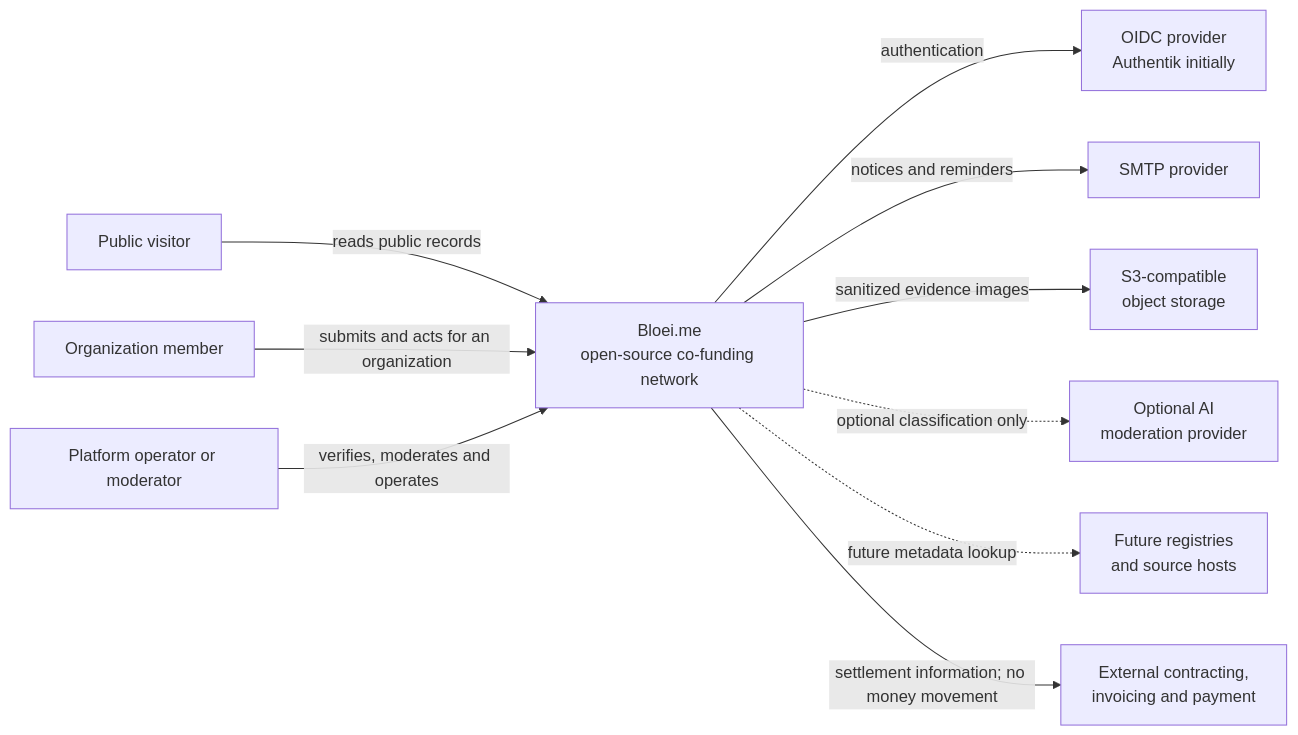
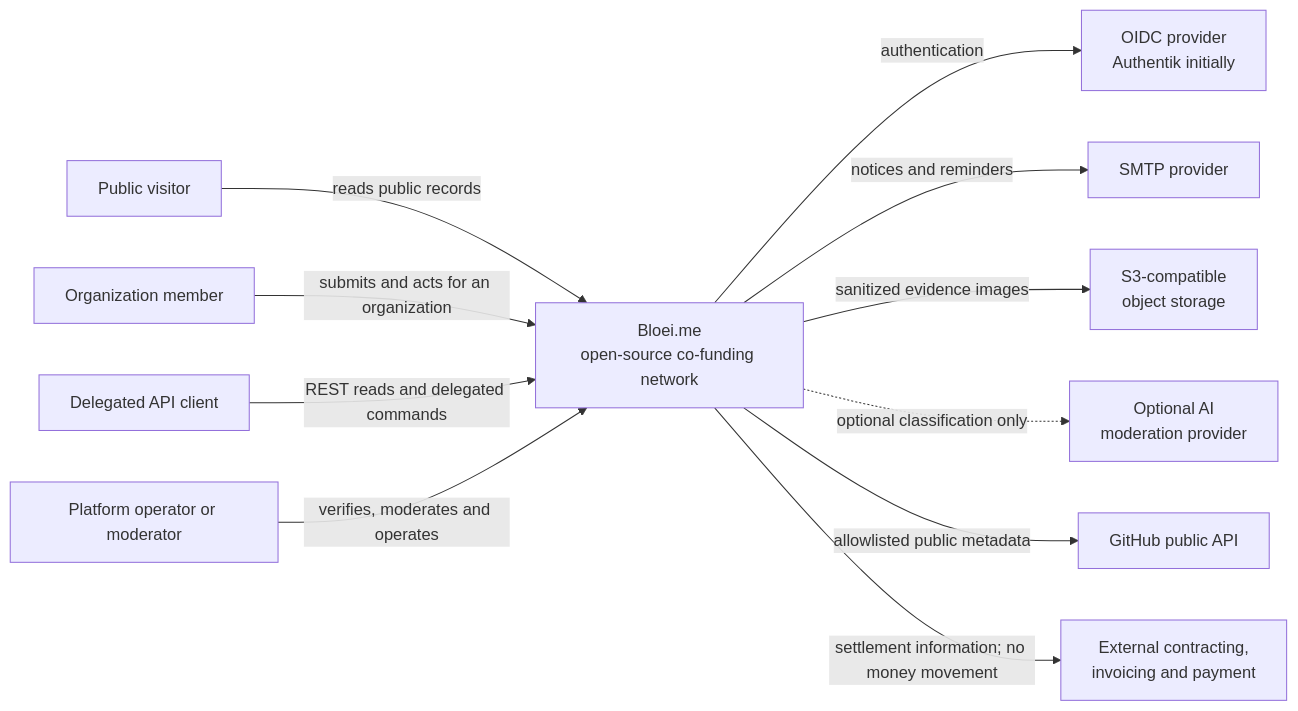
One commit to sdegroot/bloei.me changed the first of 6 diagrams in solution-architecture.md. Above: the diagram before and after it, drawn with Mermaid. The commit also changed other lines of this file and 6 other files, not shown here.

Commit message:
docs: specify api and github integration

````diff
--- a/solution-architecture.md
+++ b/solution-architecture.md
@@ -61,24 +61,26 @@
 ```mermaid
 flowchart LR
     visitor[Public visitor]
     member[Organization member]
+    client[Delegated API client]
     operator[Platform operator or moderator]
     oidc[OIDC provider\nAuthentik initially]
     mail[SMTP provider]
     storage[S3-compatible\nobject storage]
     ai[Optional AI\nmoderation provider]
-    registry[Future registries\nand source hosts]
+    github[GitHub public API]
     external[External contracting,\ninvoicing and payment]
 
     bloei[Bloei.me\nopen-source co-funding network]
 
     visitor -->|reads public records| bloei
     member -->|submits and acts for an organization| bloei
+    client -->|REST reads and delegated commands| bloei
     operator -->|verifies, moderates and operates| bloei
     bloei -->|authentication| oidc
     bloei -->|notices and reminders| mail
     bloei -->|sanitized evidence images| storage
     bloei -.->|optional classification only| ai
-    bloei -.->|future metadata lookup| registry
+    bloei -->|allowlisted public metadata| github
     bloei -->|settlement information; no money movement| external
 ```
````
